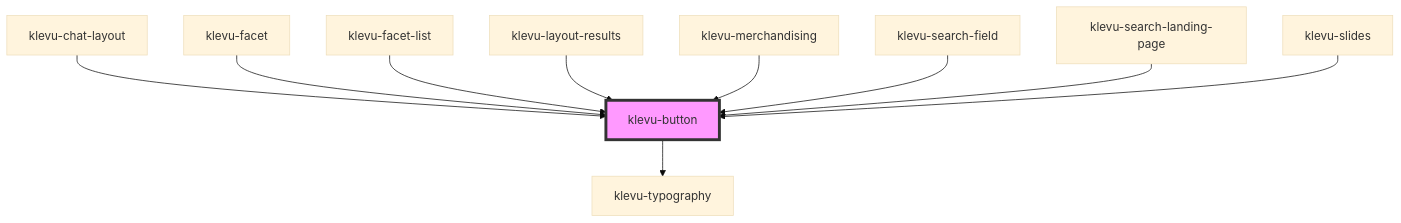
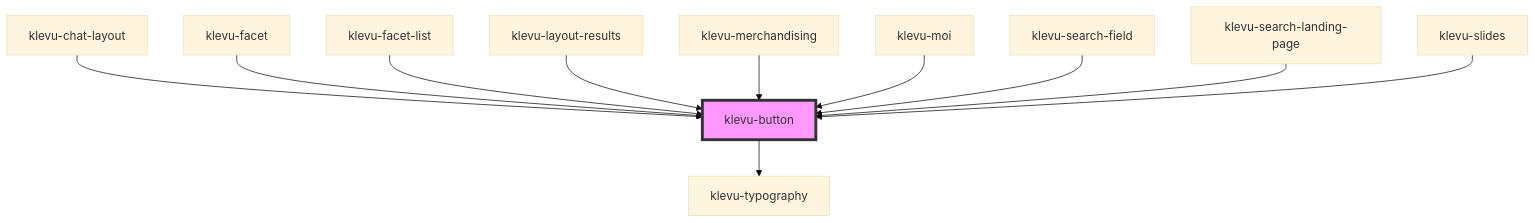
One commit to klevultd/frontend-sdk changed the diagram in packages/klevu-ui/src/components/klevu-button/readme.md. Above: the diagram before and after it, drawn with Mermaid (base theme). The commit also changed other lines of this file and 18 other files, not shown here.

````diff
--- a/packages/klevu-ui/src/components/klevu-button/readme.md
+++ b/packages/klevu-ui/src/components/klevu-button/readme.md
@@ -53,13 +54,14 @@
 ```mermaid
 graph TD;
   klevu-button --> klevu-typography
   klevu-chat-layout --> klevu-button
   klevu-facet --> klevu-button
   klevu-facet-list --> klevu-button
   klevu-layout-results --> klevu-button
   klevu-merchandising --> klevu-button
+  klevu-moi --> klevu-button
   klevu-search-field --> klevu-button
   klevu-search-landing-page --> klevu-button
   klevu-slides --> klevu-button
   style klevu-button fill:#f9f,stroke:#333,stroke-width:4px
 ```
````
